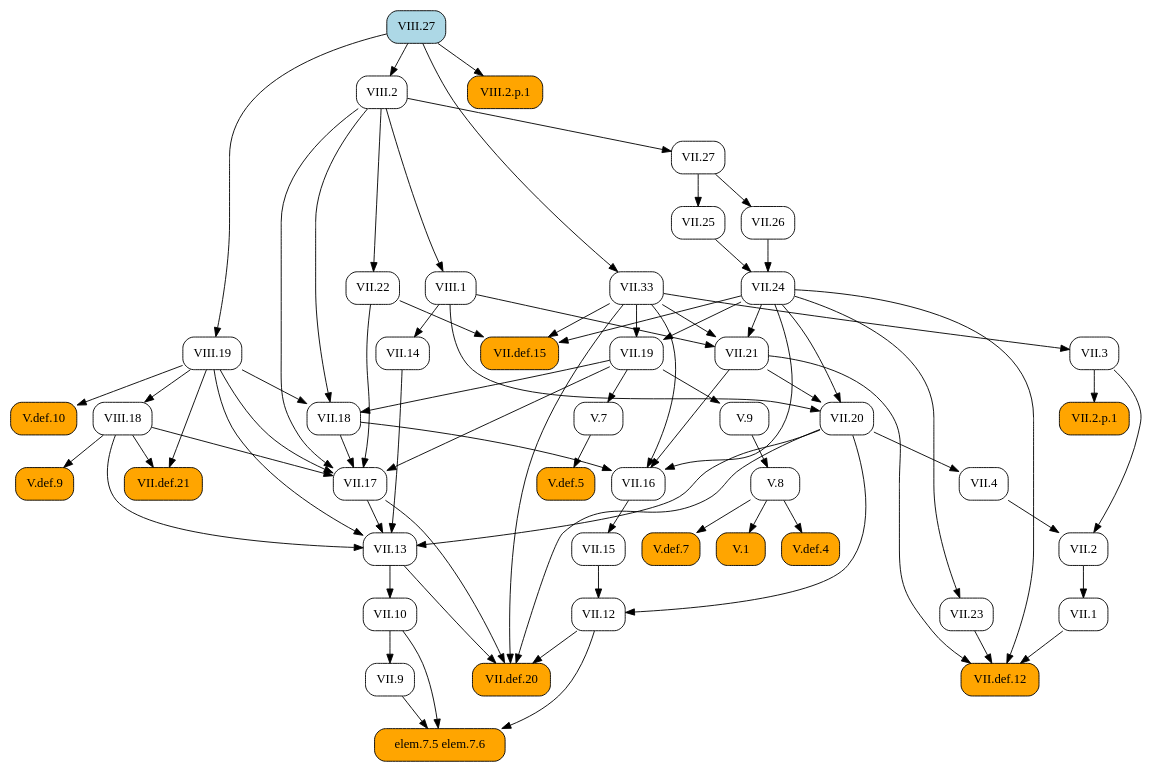
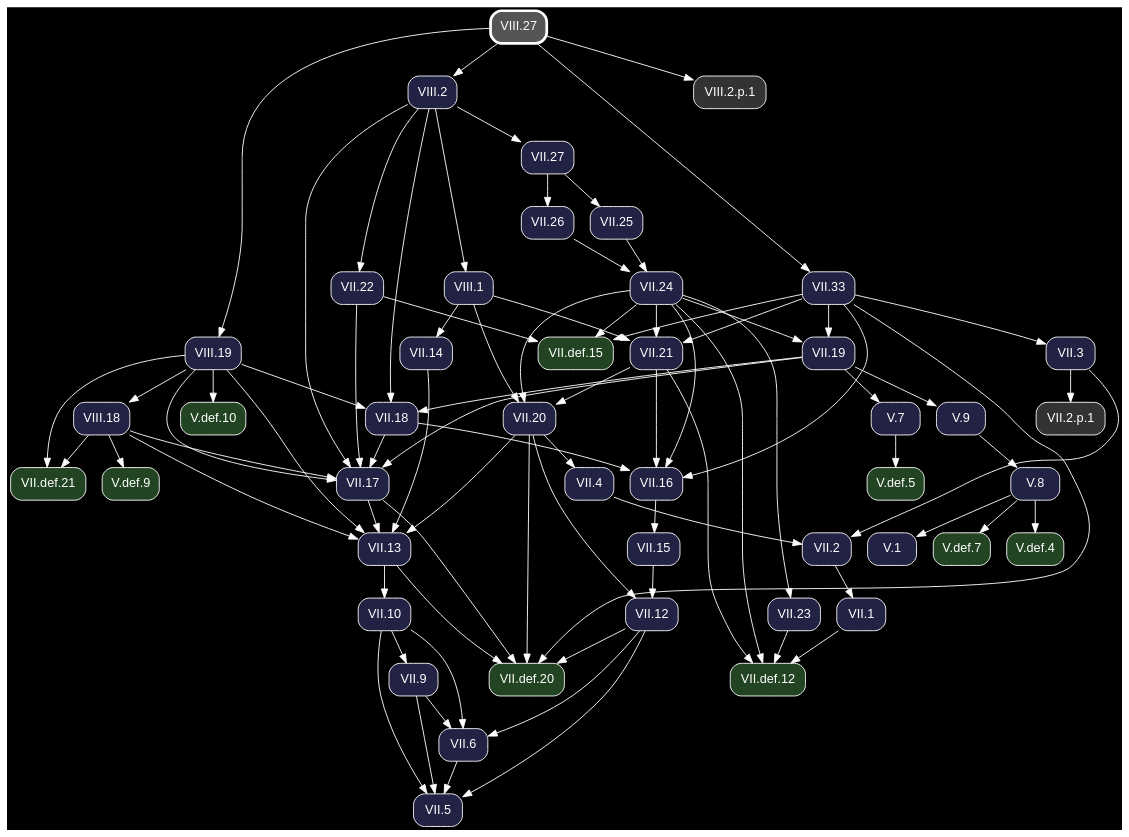
The diagram in docsrc/heath/VIII/27/index.rst (geometor/elements), drawn with Graphviz before and after one commit. The commit also changed other lines of this file and 1200 other files, not shown here.

Commit message:
update dependency graphs

```diff
--- a/docsrc/heath/VIII/27/index.rst
+++ b/docsrc/heath/VIII/27/index.rst
@@ -30,91 +30,61 @@
 .. graphviz::
 
    digraph {
+     bgcolor="black";
+     node [shape=box, style="rounded,filled", fontname="Helvetica", color="white", fontcolor="white"];
+     edge [color="white", fontcolor="white"];
      rankdir="TB";
-     node [shape=box, style=rounded];
-     "VII.33" [URL="/heath/VII/33/", target="_top"];
-     "VII.12" [URL="/heath/VII/12/", target="_top"];
-     "elem.7.5 elem.7.6" [style="rounded,filled", fillcolor=orange];
-     "VII.9" [URL="/heath/VII/9/", target="_top"];
-     "VIII.27" [style="rounded,filled", fillcolor=lightblue, URL="/heath/VIII/27/", target="_top"];
-     "VIII.2" [URL="/heath/VIII/2/", target="_top"];
-     "VII.18" [URL="/heath/VII/18/", target="_top"];
-     "VII.16" [URL="/heath/VII/16/", target="_top"];
-     "V.7" [URL="/heath/V/7/", target="_top"];
-     "VII.26" [URL="/heath/VII/26/", target="_top"];
-     "V.def.5" [style="rounded,filled", fillcolor=orange, URL="/heath/V/def.5/", target="_top"];
-     "V.9" [URL="/heath/V/9/", target="_top"];
-     "VII.10" [URL="/heath/VII/10/", target="_top"];
-     "VII.13" [URL="/heath/VII/13/", target="_top"];
-     "VIII.18" [URL="/heath/VIII/18/", target="_top"];
-     "VII.def.15" [style="rounded,filled", fillcolor=orange, URL="/heath/VII/def.15/", target="_top"];
-     "VIII.19" [URL="/heath/VIII/19/", target="_top"];
-     "VII.17" [URL="/heath/VII/17/", target="_top"];
-     "VIII.2.p.1" [style="rounded,filled", fillcolor=orange];
-     "VII.19" [URL="/heath/VII/19/", target="_top"];
-     "VII.2" [URL="/heath/VII/2/", target="_top"];
-     "VII.def.20" [style="rounded,filled", fillcolor=orange, URL="/heath/VII/def.20/", target="_top"];
-     "VII.2.p.1" [style="rounded,filled", fillcolor=orange];
-     "VII.15" [URL="/heath/VII/15/", target="_top"];
-     "V.def.4" [style="rounded,filled", fillcolor=orange, URL="/heath/V/def.4/", target="_top"];
-     "V.def.7" [style="rounded,filled", fillcolor=orange, URL="/heath/V/def.7/", target="_top"];
-     "VII.14" [URL="/heath/VII/14/", target="_top"];
-     "VII.27" [URL="/heath/VII/27/", target="_top"];
-     "VII.21" [URL="/heath/VII/21/", target="_top"];
-     "V.def.10" [style="rounded,filled", fillcolor=orange, URL="/heath/V/def.10/", target="_top"];
-     "VII.22" [URL="/heath/VII/22/", target="_top"];
-     "VIII.1" [URL="/heath/VIII/1/", target="_top"];
-     "VII.25" [URL="/heath/VII/25/", target="_top"];
-     "V.8" [URL="/heath/V/8/", target="_top"];
-     "VII.1" [URL="/heath/VII/1/", target="_top"];
-     "VII.23" [URL="/heath/VII/23/", target="_top"];
-     "VII.4" [URL="/heath/VII/4/", target="_top"];
-     "VII.def.12" [style="rounded,filled", fillcolor=orange, URL="/heath/VII/def.12/", target="_top"];
-     "V.1" [style="rounded,filled", fillcolor=orange, URL="/heath/V/1/", target="_top"];
-     "V.def.9" [style="rounded,filled", fillcolor=orange, URL="/heath/V/def.9/", target="_top"];
-     "VII.3" [URL="/heath/VII/3/", target="_top"];
-     "VII.24" [URL="/heath/VII/24/", target="_top"];
-     "VII.20" [URL="/heath/VII/20/", target="_top"];
-     "VII.def.21" [style="rounded,filled", fillcolor=orange, URL="/heath/VII/def.21/", target="_top"];
+     "VII.33" [fillcolor="#222244", URL="/heath/VII/33/", target="_top"];
+     "V.def.5" [fillcolor="#224422", URL="/heath/V/def.5/", target="_top"];
+     "V.def.9" [fillcolor="#224422", URL="/heath/V/def.9/", target="_top"];
+     "VII.18" [fillcolor="#222244", URL="/heath/VII/18/", target="_top"];
+     "VII.2" [fillcolor="#222244", URL="/heath/VII/2/", target="_top"];
+     "VII.def.20" [fillcolor="#224422", URL="/heath/VII/def.20/", target="_top"];
+     "VII.26" [fillcolor="#222244", URL="/heath/VII/26/", target="_top"];
+     "VII.1" [fillcolor="#222244", URL="/heath/VII/1/", target="_top"];
+     "VII.13" [fillcolor="#222244", URL="/heath/VII/13/", target="_top"];
+     "VIII.2.p.1" [fillcolor="#333333"];
+     "VII.27" [fillcolor="#222244", URL="/heath/VII/27/", target="_top"];
+     "VII.4" [fillcolor="#222244", URL="/heath/VII/4/", target="_top"];
+     "VII.25" [fillcolor="#222244", URL="/heath/VII/25/", target="_top"];
+     "V.def.10" [fillcolor="#224422", URL="/heath/V/def.10/", target="_top"];
+     "VII.21" [fillcolor="#222244", URL="/heath/VII/21/", target="_top"];
+     "VII.9" [fillcolor="#222244", URL="/heath/VII/9/", target="_top"];
+     "V.7" [fillcolor="#222244", URL="/heath/V/7/", target="_top"];
+     "VII.12" [fillcolor="#222244", URL="/heath/VII/12/", target="_top"];
+     "V.9" [fillcolor="#222244", URL="/heath/V/9/", target="_top"];
+     "VII.17" [fillcolor="#222244", URL="/heath/VII/17/", target="_top"];
+     "VII.24" [fillcolor="#222244", URL="/heath/VII/24/", target="_top"];
+     "VII.22" [fillcolor="#222244", URL="/heath/VII/22/", target="_top"];
+     "VIII.2" [fillcolor="#222244", URL="/heath/VIII/2/", target="_top"];
+     "V.def.7" [fillcolor="#224422", URL="/heath/V/def.7/", target="_top"];
+     "VII.20" [fillcolor="#222244", URL="/heath/VII/20/", target="_top"];
+     "V.def.4" [fillcolor="#224422", URL="/heath/V/def.4/", target="_top"];
+     "VIII.18" [fillcolor="#222244", URL="/heath/VIII/18/", target="_top"];
+     "VII.5" [fillcolor="#222244", URL="/heath/VII/5/", target="_top"];
+     "VII.def.15" [fillcolor="#224422", URL="/heath/VII/def.15/", target="_top"];
+     "VII.2.p.1" [fillcolor="#333333"];
+     "VII.6" [fillcolor="#222244", URL="/heath/VII/6/", target="_top"];
+     "VII.16" [fillcolor="#222244", URL="/heath/VII/16/", target="_top"];
+     "VII.15" [fillcolor="#222244", URL="/heath/VII/15/", target="_top"];
+     "V.1" [fillcolor="#222244", URL="/heath/V/1/", target="_top"];
+     "VII.10" [fillcolor="#222244", URL="/heath/VII/10/", target="_top"];
+     "VIII.27" [penwidth=3, color="white", fillcolor="#555555", URL="/heath/VIII/27/", target="_top"];
+     "VIII.19" [fillcolor="#222244", URL="/heath/VIII/19/", target="_top"];
+     "VII.23" [fillcolor="#222244", URL="/heath/VII/23/", target="_top"];
+     "VII.def.12" [fillcolor="#224422", URL="/heath/VII/def.12/", target="_top"];
+     "VII.19" [fillcolor="#222244", URL="/heath/VII/19/", target="_top"];
+     "VII.def.21" [fillcolor="#224422", URL="/heath/VII/def.21/", target="_top"];
+     "VIII.1" [fillcolor="#222244", URL="/heath/VIII/1/", target="_top"];
+     "V.8" [fillcolor="#222244", URL="/heath/V/8/", target="_top"];
+     "VII.3" [fillcolor="#222244", URL="/heath/VII/3/", target="_top"];
+     "VII.14" [fillcolor="#222244", URL="/heath/VII/14/", target="_top"];
      "VIII.27" -> "VII.33";
-     "VII.15" -> "VII.12";
-     "VII.20" -> "VII.12";
-     "VII.9" -> "elem.7.5 elem.7.6";
-     "VII.10" -> "elem.7.5 elem.7.6";
-     "VII.12" -> "elem.7.5 elem.7.6";
-     "VII.10" -> "VII.9";
-     "VIII.27" -> "VIII.2";
+     "V.7" -> "V.def.5";
+     "VIII.18" -> "V.def.9";
      "VII.19" -> "VII.18";
      "VIII.2" -> "VII.18";
      "VIII.19" -> "VII.18";
-     "VII.18" -> "VII.16";
-     "VII.21" -> "VII.16";
-     "VII.24" -> "VII.16";
-     "VII.33" -> "VII.16";
-     "VII.19" -> "V.7";
-     "VII.27" -> "VII.26";
-     "V.7" -> "V.def.5";
-     "VII.19" -> "V.9";
-     "VII.13" -> "VII.10";
-     "VII.14" -> "VII.13";
-     "VII.17" -> "VII.13";
-     "VII.20" -> "VII.13";
-     "VIII.18" -> "VII.13";
-     "VIII.19" -> "VII.13";
-     "VIII.19" -> "VIII.18";
-     "VII.22" -> "VII.def.15";
-     "VII.24" -> "VII.def.15";
-     "VII.33" -> "VII.def.15";
-     "VIII.27" -> "VIII.19";
-     "VII.18" -> "VII.17";
-     "VII.19" -> "VII.17";
-     "VII.22" -> "VII.17";
-     "VIII.2" -> "VII.17";
-     "VIII.18" -> "VII.17";
-     "VIII.19" -> "VII.17";
-     "VIII.27" -> "VIII.2.p.1";
-     "VII.24" -> "VII.19";
-     "VII.33" -> "VII.19";
      "VII.3" -> "VII.2";
      "VII.4" -> "VII.2";
      "VII.12" -> "VII.def.20";
@@ -122,35 +92,72 @@
      "VII.17" -> "VII.def.20";
      "VII.20" -> "VII.def.20";
      "VII.33" -> "VII.def.20";
-     "VII.3" -> "VII.2.p.1";
-     "VII.16" -> "VII.15";
-     "V.8" -> "V.def.4";
-     "V.8" -> "V.def.7";
-     "VIII.1" -> "VII.14";
+     "VII.27" -> "VII.26";
+     "VII.2" -> "VII.1";
+     "VII.14" -> "VII.13";
+     "VII.17" -> "VII.13";
+     "VII.20" -> "VII.13";
+     "VIII.18" -> "VII.13";
+     "VIII.19" -> "VII.13";
+     "VIII.27" -> "VIII.2.p.1";
      "VIII.2" -> "VII.27";
+     "VII.20" -> "VII.4";
+     "VII.27" -> "VII.25";
+     "VIII.19" -> "V.def.10";
      "VII.24" -> "VII.21";
      "VII.33" -> "VII.21";
      "VIII.1" -> "VII.21";
-     "VIII.19" -> "V.def.10";
+     "VII.10" -> "VII.9";
+     "VII.19" -> "V.7";
+     "VII.15" -> "VII.12";
+     "VII.20" -> "VII.12";
+     "VII.19" -> "V.9";
+     "VII.18" -> "VII.17";
+     "VII.19" -> "VII.17";
+     "VII.22" -> "VII.17";
+     "VIII.2" -> "VII.17";
+     "VIII.18" -> "VII.17";
+     "VIII.19" -> "VII.17";
+     "VII.25" -> "VII.24";
+     "VII.26" -> "VII.24";
      "VIII.2" -> "VII.22";
-     "VIII.2" -> "VIII.1";
-     "VII.27" -> "VII.25";
-     "V.9" -> "V.8";
-     "VII.2" -> "VII.1";
+     "VIII.27" -> "VIII.2";
+     "V.8" -> "V.def.7";
+     "VII.21" -> "VII.20";
+     "VII.24" -> "VII.20";
+     "VIII.1" -> "VII.20";
+     "V.8" -> "V.def.4";
+     "VIII.19" -> "VIII.18";
+     "VII.6" -> "VII.5";
+     "VII.9" -> "VII.5";
+     "VII.10" -> "VII.5";
+     "VII.12" -> "VII.5";
+     "VII.22" -> "VII.def.15";
+     "VII.24" -> "VII.def.15";
+     "VII.33" -> "VII.def.15";
+     "VII.3" -> "VII.2.p.1";
+     "VII.9" -> "VII.6";
+     "VII.10" -> "VII.6";
+     "VII.12" -> "VII.6";
+     "VII.18" -> "VII.16";
+     "VII.21" -> "VII.16";
+     "VII.24" -> "VII.16";
+     "VII.33" -> "VII.16";
+     "VII.16" -> "VII.15";
+     "V.8" -> "V.1";
+     "VII.13" -> "VII.10";
+     "VIII.27" -> "VIII.19";
      "VII.24" -> "VII.23";
-     "VII.20" -> "VII.4";
      "VII.1" -> "VII.def.12";
      "VII.21" -> "VII.def.12";
      "VII.23" -> "VII.def.12";
      "VII.24" -> "VII.def.12";
-     "V.8" -> "V.1";
-     "VIII.18" -> "V.def.9";
-     "VII.33" -> "VII.3";
-     "VII.25" -> "VII.24";
-     "VII.26" -> "VII.24";
-     "VII.21" -> "VII.20";
-     "VII.24" -> "VII.20";
-     "VIII.1" -> "VII.20";
+     "VII.24" -> "VII.19";
+     "VII.33" -> "VII.19";
      "VIII.18" -> "VII.def.21";
      "VIII.19" -> "VII.def.21";
+     "VIII.2" -> "VIII.1";
+     "V.9" -> "V.8";
+     "VII.33" -> "VII.3";
+     "VIII.1" -> "VII.14";
    }
```
